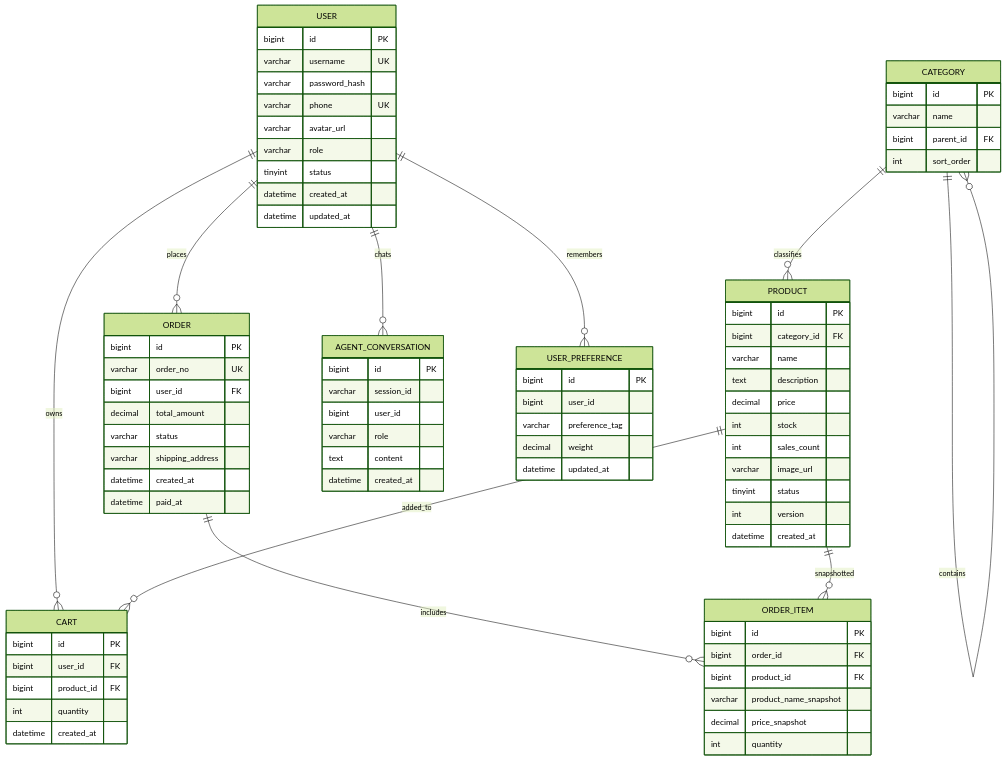
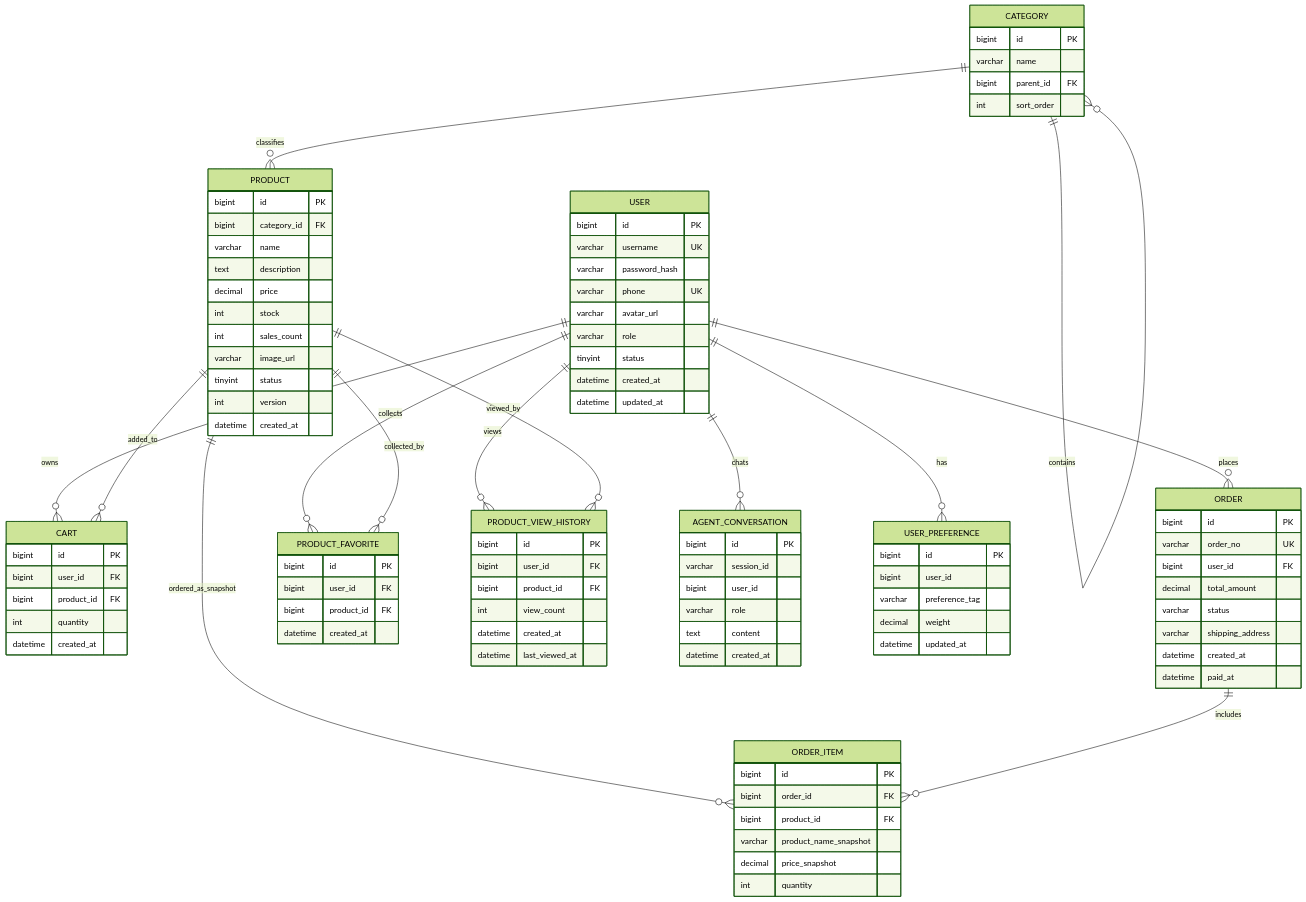
The diagram in smart-mall/docs/er-diagram.md (kxmzyc/Agent-Store), drawn with Mermaid (forest theme) before and after one commit. The commit also changed other lines of this file and 42 other files, not shown here.

```diff
--- a/smart-mall/docs/er-diagram.md
+++ b/smart-mall/docs/er-diagram.md
@@ -4,13 +6,19 @@
 erDiagram
   USER ||--o{ CART : owns
   USER ||--o{ ORDER : places
+  USER ||--o{ PRODUCT_FAVORITE : collects
+  USER ||--o{ PRODUCT_VIEW_HISTORY : views
+  USER ||--o{ AGENT_CONVERSATION : chats
+  USER ||--o{ USER_PREFERENCE : has
+
   CATEGORY ||--o{ CATEGORY : contains
   CATEGORY ||--o{ PRODUCT : classifies
+
   PRODUCT ||--o{ CART : added_to
+  PRODUCT ||--o{ PRODUCT_FAVORITE : collected_by
+  PRODUCT ||--o{ PRODUCT_VIEW_HISTORY : viewed_by
+  PRODUCT ||--o{ ORDER_ITEM : ordered_as_snapshot
   ORDER ||--o{ ORDER_ITEM : includes
-  PRODUCT ||--o{ ORDER_ITEM : snapshotted
-  USER ||--o{ AGENT_CONVERSATION : chats
-  USER ||--o{ USER_PREFERENCE : remembers
 
   USER {
     bigint id PK
@@ -73,6 +81,22 @@
     int quantity
   }
 
+  PRODUCT_FAVORITE {
+    bigint id PK
+    bigint user_id FK
+    bigint product_id FK
+    datetime created_at
+  }
+
+  PRODUCT_VIEW_HISTORY {
+    bigint id PK
+    bigint user_id FK
+    bigint product_id FK
+    int view_count
+    datetime created_at
+    datetime last_viewed_at
+  }
+
   AGENT_CONVERSATION {
     bigint id PK
     varchar session_id
```
